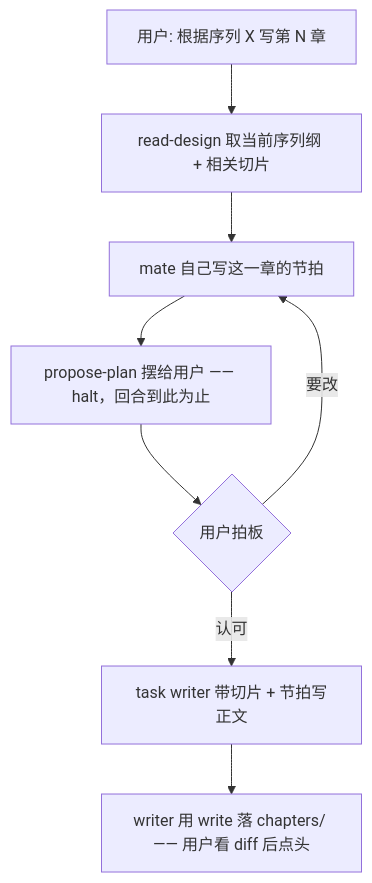
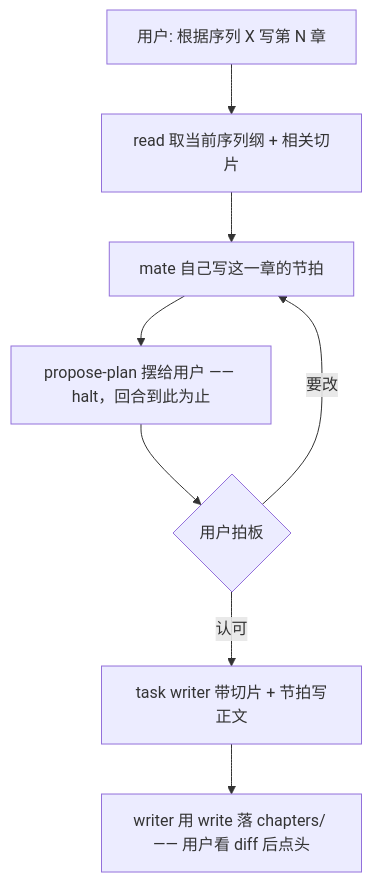
The diagram in docs/design-docs.md (Sunshine334419520/talemate), drawn with Mermaid before and after one commit. The commit also changed other lines of this file and 52 other files, not shown here.

Commit message:
Refactor read tools and update design documentation conventions

````diff
--- a/docs/design-docs.md
+++ b/docs/design-docs.md
@@ -78,10 +87,10 @@
 ```mermaid
 flowchart TD
-    W[用户: 根据序列 X 写第 N 章] --> W1[read-design 取当前序列纲 + 相关切片]
+    W[用户: 根据序列 X 写第 N 章] --> W1[read 取当前序列纲 + 相关切片]
     W1 --> W2[mate 自己写这一章的节拍]
     W2 --> W3[propose-plan 摆给用户 —— halt，回合到此为止]
     W3 --> W4{用户拍板}
     W4 -- 要改 --> W2
     W4 -- 认可 --> W5[task writer 带切片 + 节拍写正文]
     W5 --> W6[writer 用 write 落 chapters/ —— 用户看 diff 后点头]
 ```
````
